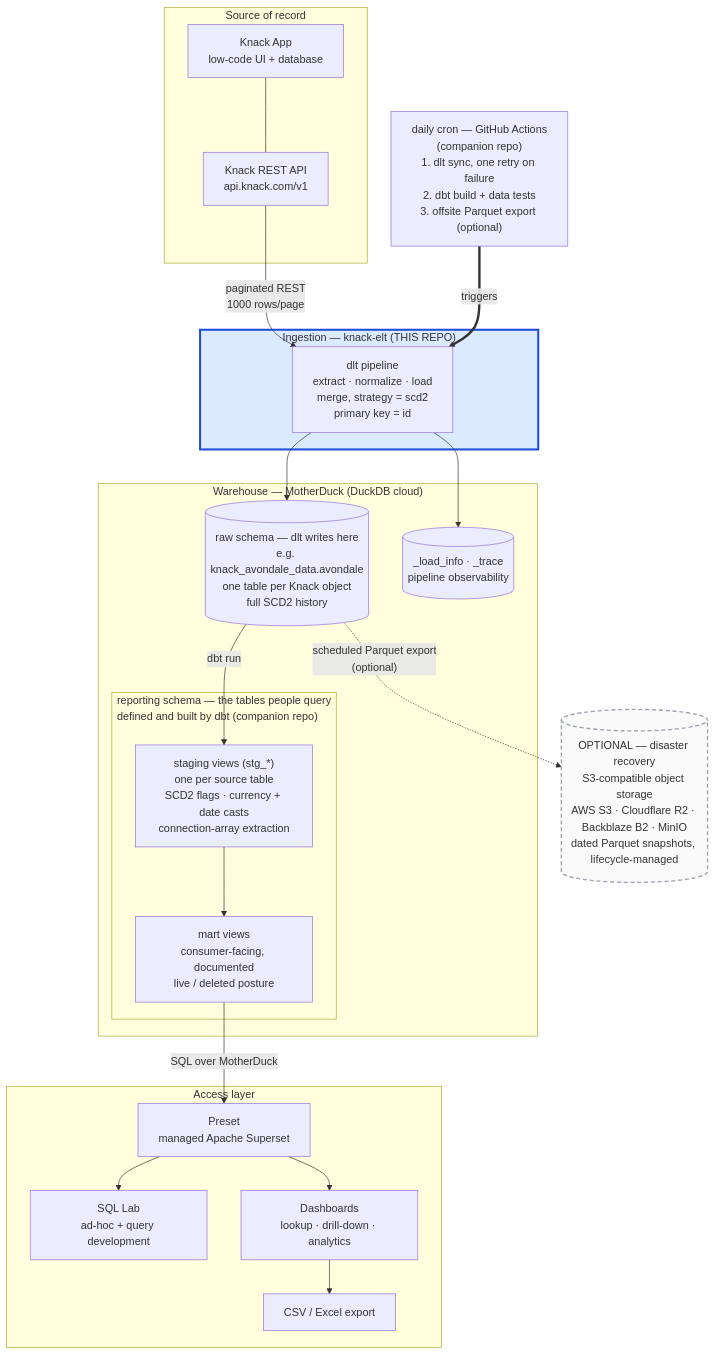
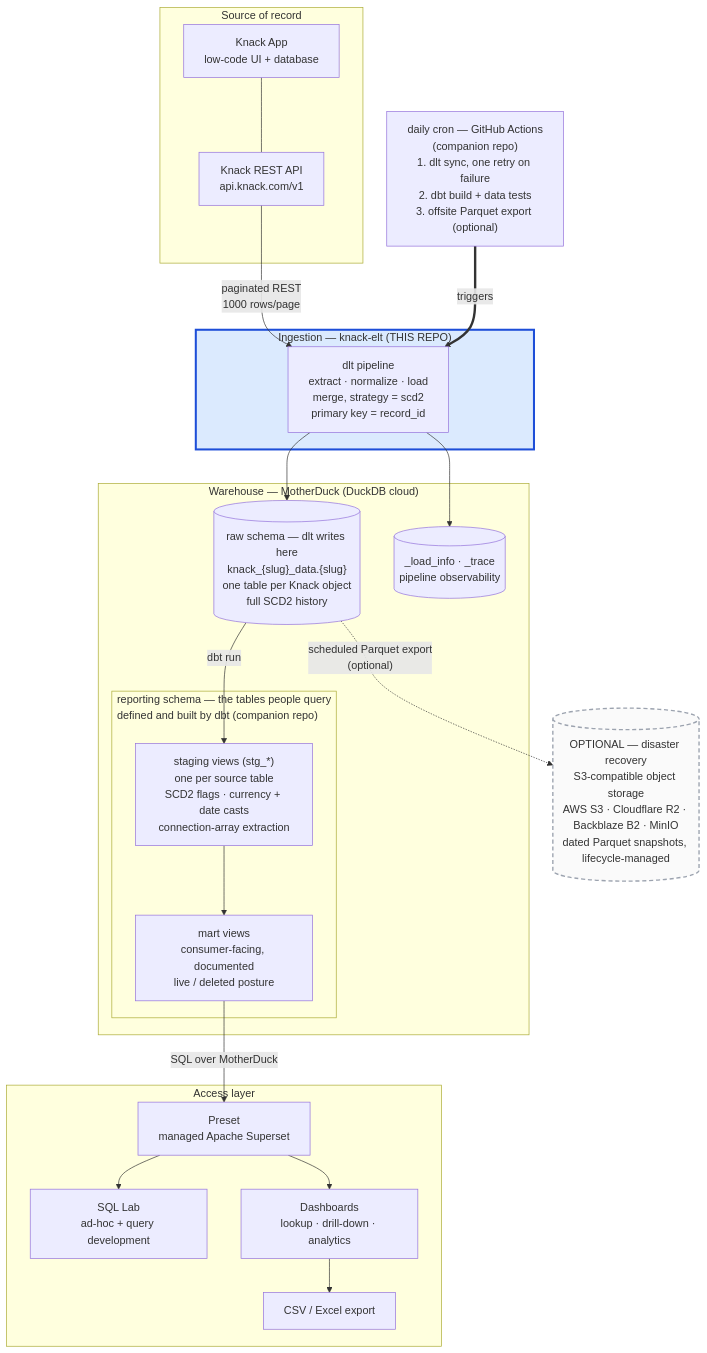
One commit to mcmasty/knack-elt changed the second of 5 diagrams in docs/ARCHITECTURE.md. Above: the diagram before and after it, drawn with Mermaid. The commit also changed other lines of this file and 10 other files, not shown here.

````diff
--- a/docs/ARCHITECTURE.md
+++ b/docs/ARCHITECTURE.md
@@ -88,50 +88,50 @@
 ```mermaid
 flowchart TB
     subgraph src["Source of record"]
         knack["Knack App<br/>low-code UI + database"]
         kapi["Knack REST API<br/>api.knack.com/v1"]
         knack --- kapi
     end
 
     subgraph elt["Ingestion — knack-elt (THIS REPO)"]
-        pipe["dlt pipeline<br/>extract · normalize · load<br/>merge, strategy = scd2<br/>primary key = id"]
+        pipe["dlt pipeline<br/>extract · normalize · load<br/>merge, strategy = scd2<br/>primary key = record_id"]
     end
 
     subgraph md["Warehouse — MotherDuck (DuckDB cloud)"]
-        raw[("raw schema — dlt writes here<br/>e.g. knack_avondale_data.avondale<br/>one table per Knack object<br/>full SCD2 history")]
+        raw[("raw schema — dlt writes here<br/>knack_{slug}_data.{slug}<br/>one table per Knack object<br/>full SCD2 history")]
         obs[("_load_info · _trace<br/>pipeline observability")]
 
         subgraph rep["reporting schema — the tables people query<br/>defined and built by dbt (companion repo)"]
             stg["staging views (stg_*)<br/>one per source table<br/>SCD2 flags · currency + date casts<br/>connection-array extraction"]
             marts["mart views<br/>consumer-facing, documented<br/>live / deleted posture"]
             stg --> marts
         end
     end
 
     subgraph bi["Access layer"]
         preset["Preset<br/>managed Apache Superset"]
         lab["SQL Lab<br/>ad-hoc + query development"]
         dash["Dashboards<br/>lookup · drill-down · analytics"]
         exp["CSV / Excel export"]
         preset --> lab
         preset --> dash
         dash --> exp
     end
 
     kapi -->|"paginated REST<br/>1000 rows/page"| pipe
     pipe --> raw
     pipe --> obs
     raw -->|"dbt run"| stg
     marts -->|"SQL over MotherDuck"| preset
 
     cron["daily cron — GitHub Actions<br/>(companion repo)<br/>1. dlt sync, one retry on failure<br/>2. dbt build + data tests<br/>3. offsite Parquet export (optional)"]
     s3[("OPTIONAL — disaster recovery<br/>S3-compatible object storage<br/>AWS S3 · Cloudflare R2 · Backblaze B2 · MinIO<br/>dated Parquet snapshots, lifecycle-managed")]
 
     cron ==>|"triggers"| pipe
     raw -.->|"scheduled Parquet export<br/>(optional)"| s3
 
     classDef here fill:#dbeafe,stroke:#1d4ed8,stroke-width:3px
     classDef optional fill:#fafafa,stroke:#9ca3af,stroke-width:2px,stroke-dasharray: 6 4
     class elt here
     class s3 optional
 ```
````
